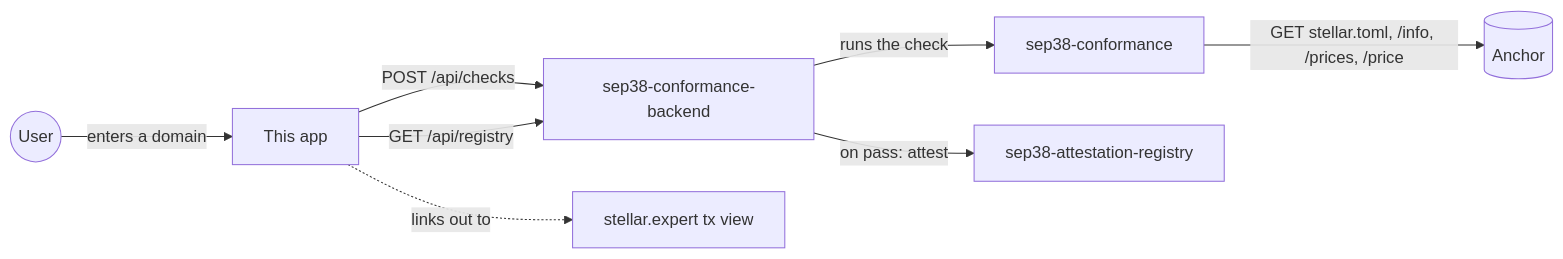
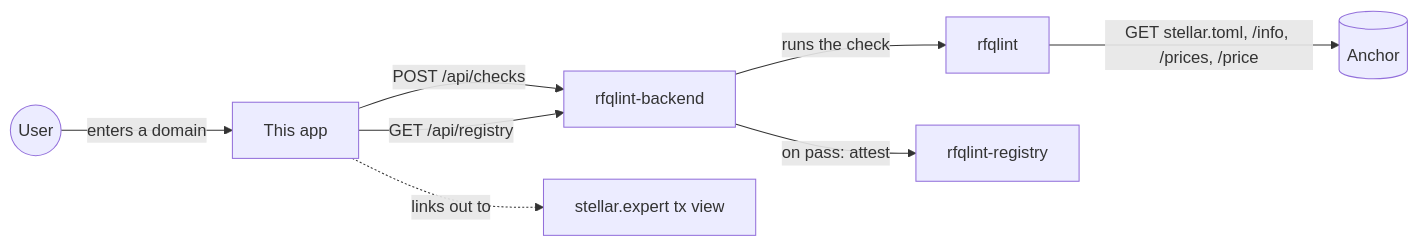
Before and after one commit to RFQLint/rfqlint-frontend: the diagram in README.md, drawn with Mermaid. The commit also changed other lines of this file and 4 other files, not shown here.

First line of the commit message:
Rename project from sep38-conformance-frontend to rfqlint-frontend

````diff
--- a/README.md
+++ b/README.md
@@ -16,10 +16,10 @@
 ```mermaid
 flowchart LR
     User((User)) -->|enters a domain| FE[This app]
-    FE -->|POST /api/checks| BE[sep38-conformance-backend]
-    BE -->|runs the check| Lib[sep38-conformance]
+    FE -->|POST /api/checks| BE[rfqlint-backend]
+    BE -->|runs the check| Lib[rfqlint]
     Lib -->|GET stellar.toml, /info, /prices, /price| Anchor[(Anchor)]
-    BE -->|on pass: attest| Contract[sep38-attestation-registry]
+    BE -->|on pass: attest| Contract[rfqlint-registry]
     FE -->|GET /api/registry| BE
     FE -.->|links out to| Explorer[stellar.expert tx view]
 ```
````
